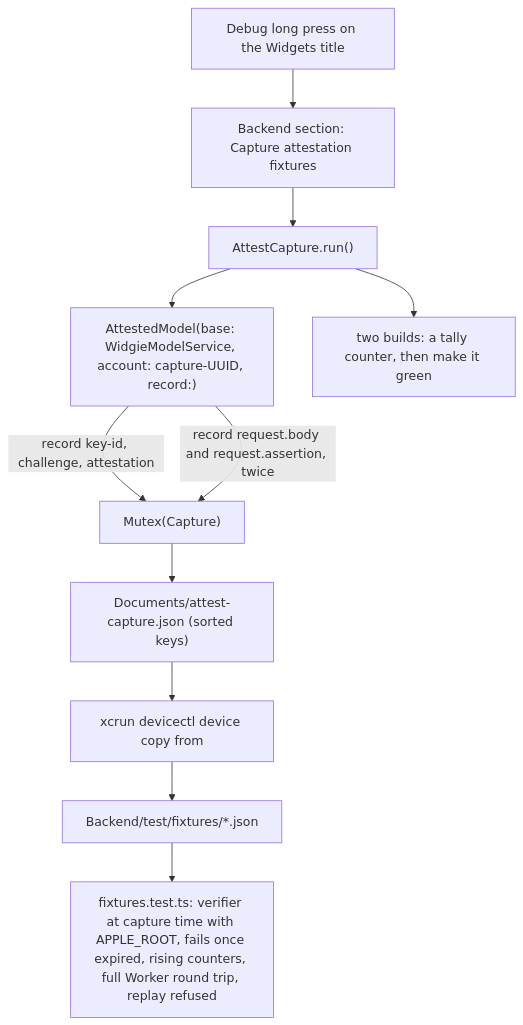
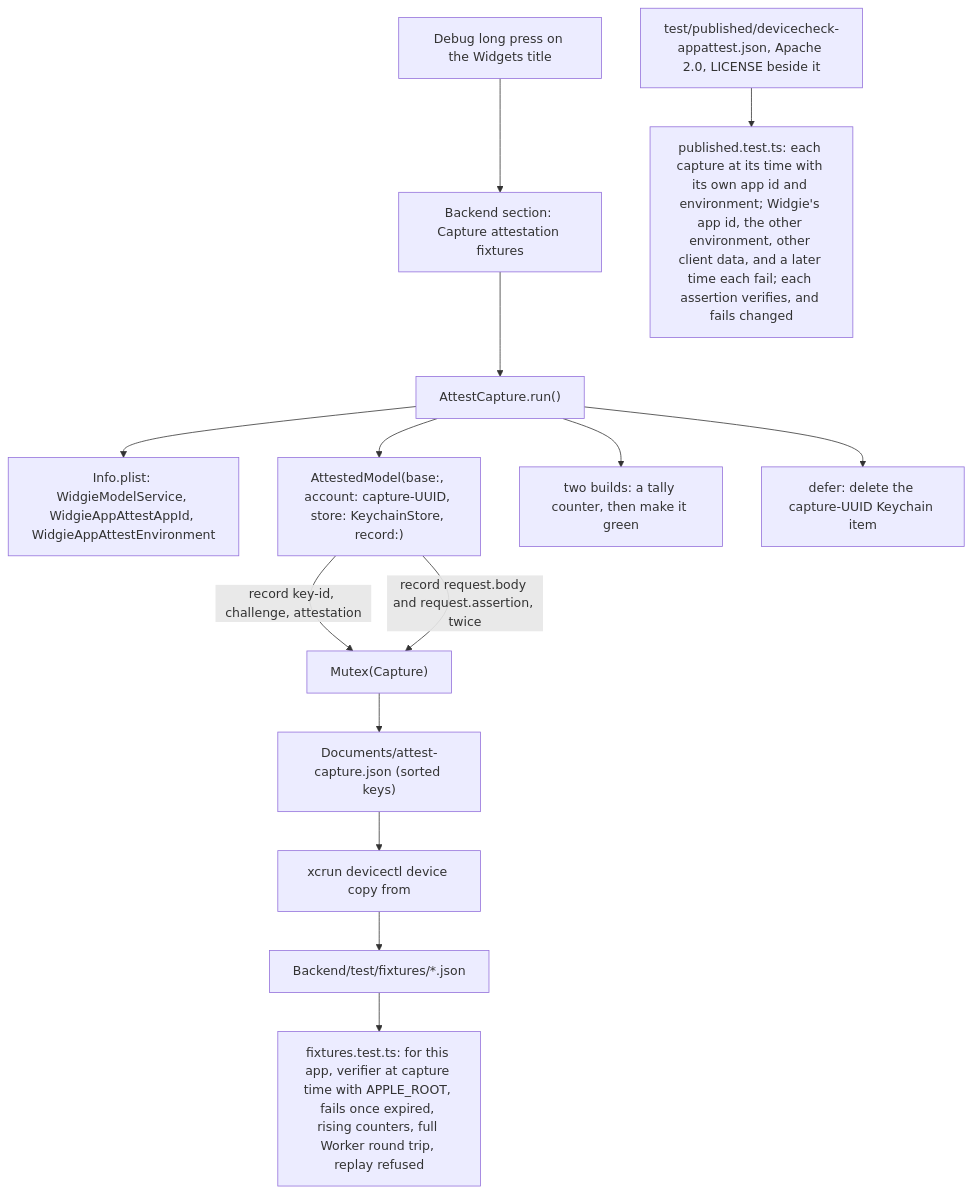
The seventh of 7 diagrams in docs/pr/23-phase-2b-b2.md (Krutik460/Widgie), drawn with Mermaid before and after one commit. The commit also changed other lines of this file and 22 other files, not shown here.

````diff
--- a/docs/pr/23-phase-2b-b2.md
+++ b/docs/pr/23-phase-2b-b2.md
@@ -235,13 +238,16 @@
 ```mermaid
 flowchart TD
   LP["Debug long press on the Widgets title"] --> BTN["Backend section: Capture attestation fixtures"]
   BTN --> RUN["AttestCapture.run()"]
-  RUN --> AM["AttestedModel(base: WidgieModelService, account: capture-UUID, record:)"]
+  RUN --> INFO["Info.plist: WidgieModelService, WidgieAppAttestAppId, WidgieAppAttestEnvironment"]
+  RUN --> AM["AttestedModel(base:, account: capture-UUID, store: KeychainStore, record:)"]
   AM -->|"record key-id, challenge, attestation"| CAP["Mutex(Capture)"]
   AM -->|"record request.body and request.assertion, twice"| CAP
   RUN --> TWO["two builds: a tally counter, then make it green"]
+  RUN --> CLEAN["defer: delete the capture-UUID Keychain item"]
   CAP --> FILE["Documents/attest-capture.json (sorted keys)"]
   FILE --> COPY["xcrun devicectl device copy from"]
   COPY --> FIX["Backend/test/fixtures/*.json"]
-  FIX --> TEST["fixtures.test.ts: verifier at capture time with APPLE_ROOT, fails once expired, rising counters, full Worker round trip, replay refused"]
+  FIX --> TEST["fixtures.test.ts: for this app, verifier at capture time with APPLE_ROOT, fails once expired, rising counters, full Worker round trip, replay refused"]
+  PUB["test/published/devicecheck-appattest.json, Apache 2.0, LICENSE beside it"] --> PTEST["published.test.ts: each capture at its time with its own app id and environment; Widgie's app id, the other environment, other client data, and a later time each fail; each assertion verifies, and fails changed"]
 ```
````
